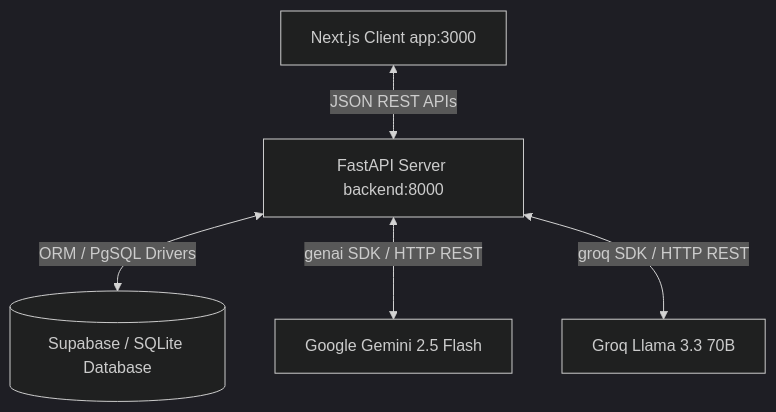
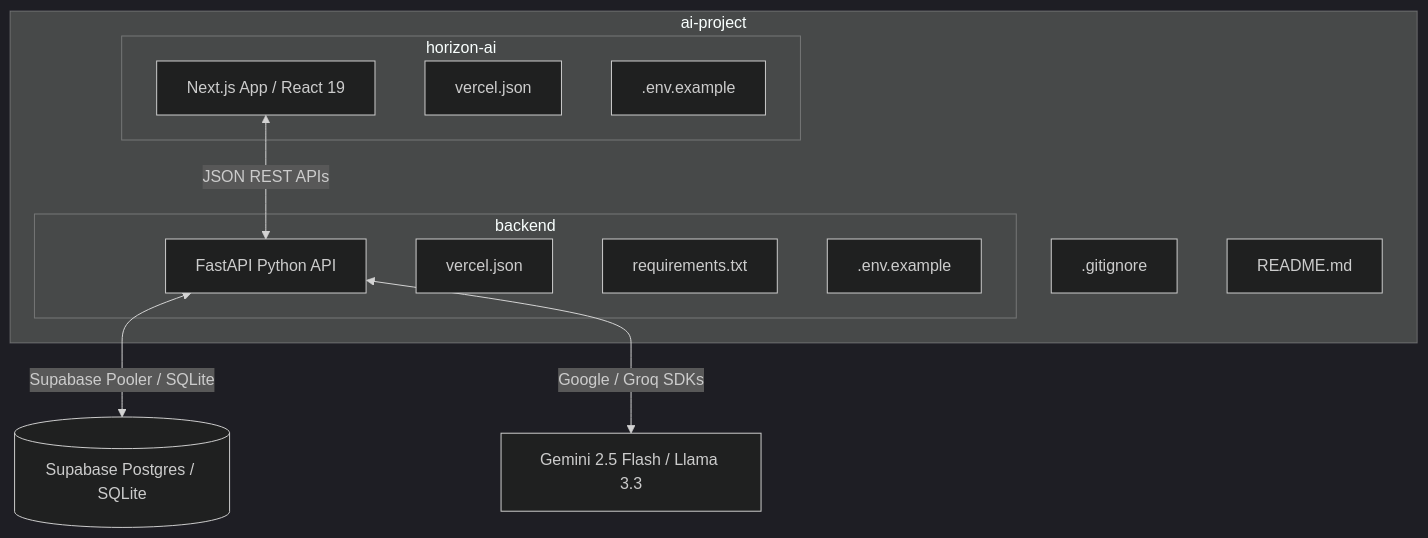
One commit to Deepakraja03/horizon-ai changed the diagram in README.md. Above: the diagram before and after it, drawn with Mermaid (dark theme). The commit also changed other lines of this file and 2 other files, not shown here.

Commit message:
docs: unify repository documentation and add live Vercel production URLs

````diff
--- a/README.md
+++ b/README.md
@@ -11,7 +22,24 @@
 ```mermaid
 graph TD
-    A[Next.js Client app:3000] <-->|JSON REST APIs| B[FastAPI Server backend:8000]
-    B <-->|ORM / PgSQL Drivers| C[(Supabase / SQLite Database)]
-    B <-->|genai SDK / HTTP REST| D[Google Gemini 2.5 Flash]
-    B <-->|groq SDK / HTTP REST| E[Groq Llama 3.3 70B]
+    subgraph Workspace Root [ai-project]
+        ROOT_GIT[.gitignore]
+        ROOT_README[README.md]
+        
+        subgraph Frontend [horizon-ai]
+            FE_CODE[Next.js App / React 19]
+            FE_CONFIG[vercel.json]
+            FE_ENV[.env.example]
+        end
+
+        subgraph Backend [backend]
+            BE_CODE[FastAPI Python API]
+            BE_CONFIG[vercel.json]
+            BE_DEPS[requirements.txt]
+            BE_ENV[.env.example]
+        end
+    end
+
+    FE_CODE <-->|JSON REST APIs| BE_CODE
+    BE_CODE <-->|Supabase Pooler / SQLite| DB[(Supabase Postgres / SQLite)]
+    BE_CODE <-->|Google / Groq SDKs| LLM[Gemini 2.5 Flash / Llama 3.3]
 ```
````
